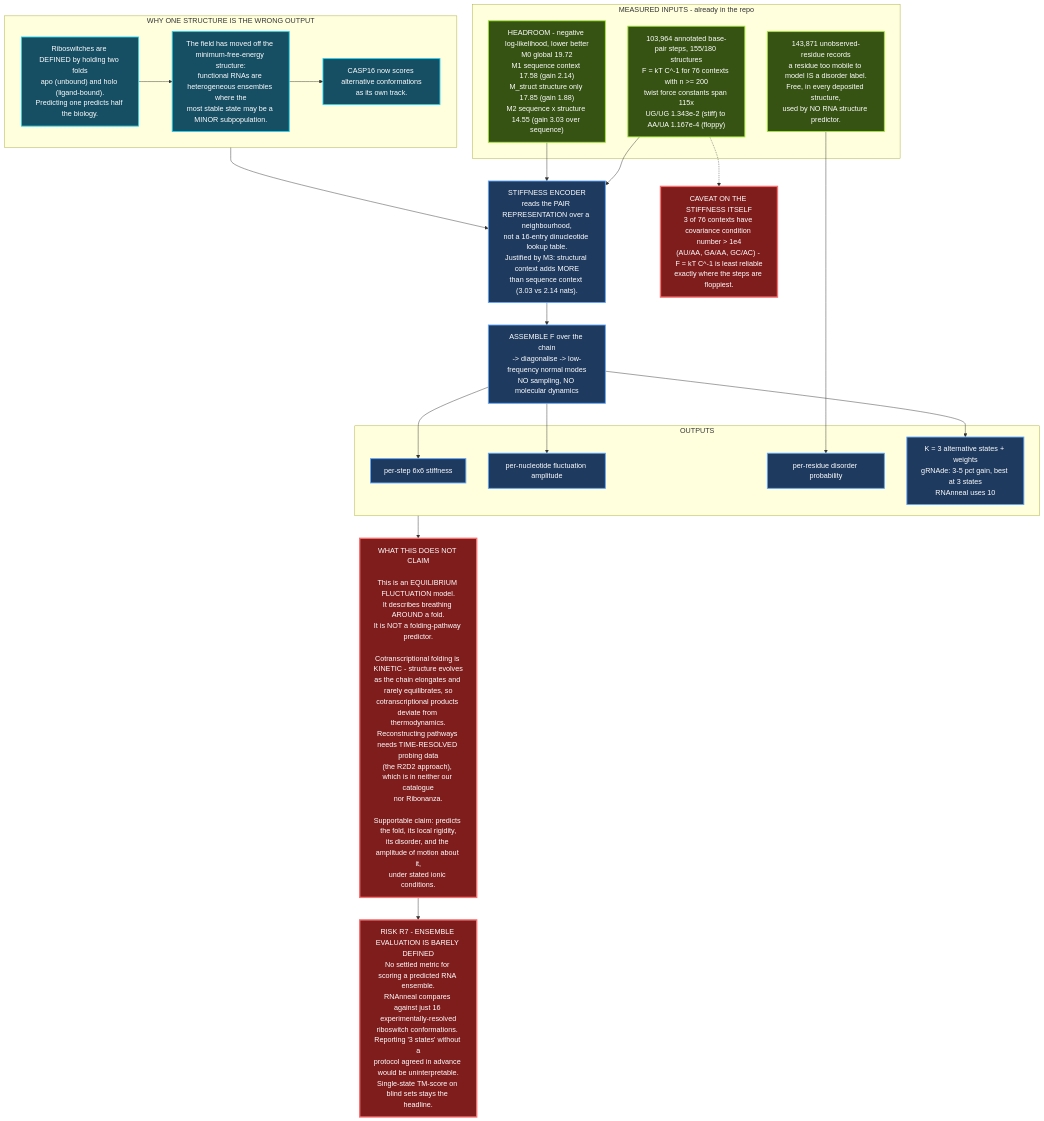
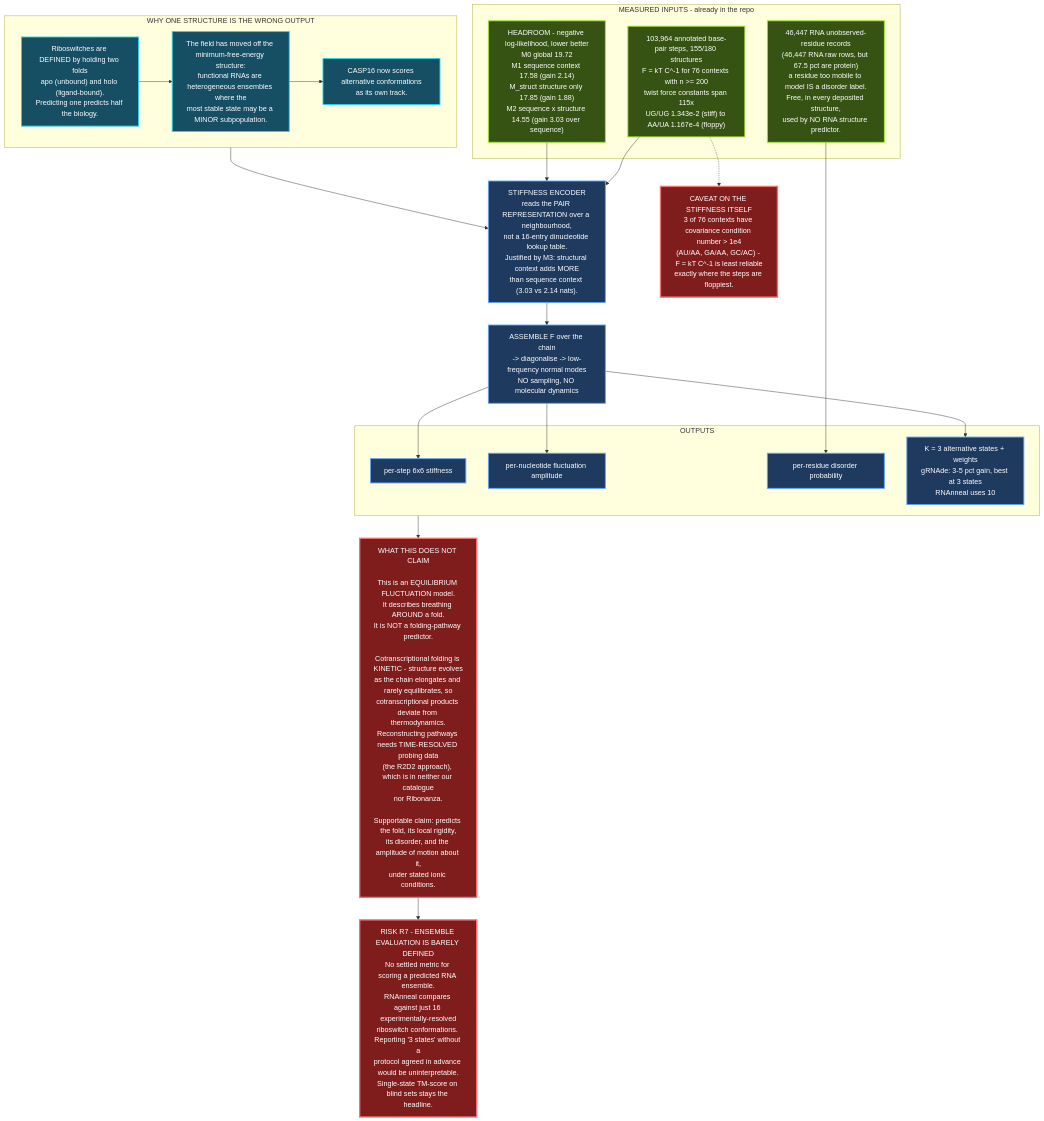
One commit to E-Motioner-X-SBS/sbs-rna changed the diagram in research/architecture/diagrams/08-dynamics-ensemble.mmd. Above: the diagram before and after it, drawn with Mermaid. The commit also changed 19 other files, not shown here.

First line of the commit message:
Defect #11: the disorder-label count was 67.5% protein, not RNA

```diff
--- a/research/architecture/diagrams/08-dynamics-ensemble.mmd
+++ b/research/architecture/diagrams/08-dynamics-ensemble.mmd
@@ -1,52 +1,52 @@
 graph TB
     subgraph WHY["WHY ONE STRUCTURE IS THE WRONG OUTPUT"]
         W1["Riboswitches are DEFINED by holding two folds<br/>apo (unbound) and holo (ligand-bound).<br/>Predicting one predicts half the biology."]
         W2["The field has moved off the minimum-free-energy structure:<br/>functional RNAs are heterogeneous ensembles where the<br/>most stable state may be a MINOR subpopulation."]
         W3["CASP16 now scores alternative conformations<br/>as its own track."]
         W1 --> W2 --> W3
     end
 
     subgraph MEAS["MEASURED INPUTS - already in the repo"]
         M1["103,964 annotated base-pair steps, 155/180 structures<br/>F = kT C^-1 for 76 contexts with n >= 200<br/>twist force constants span 115x<br/>UG/UG 1.343e-2 (stiff) to AA/UA 1.167e-4 (floppy)"]
-        M2["143,871 unobserved-residue records<br/>a residue too mobile to model IS a disorder label.<br/>Free, in every deposited structure,<br/>used by NO RNA structure predictor."]
+        M2["46,447 RNA unobserved-residue records<br/>(46,447 RNA raw rows, but 67.5 pct are protein)<br/>a residue too mobile to model IS a disorder label.<br/>Free, in every deposited structure,<br/>used by NO RNA structure predictor."]
         M3["HEADROOM - negative log-likelihood, lower better<br/>M0 global 19.72<br/>M1 sequence context 17.58 (gain 2.14)<br/>M_struct structure only 17.85 (gain 1.88)<br/>M2 sequence x structure 14.55 (gain 3.03 over sequence)"]
     end
 
     ENC["STIFFNESS ENCODER<br/>reads the PAIR REPRESENTATION over a neighbourhood,<br/>not a 16-entry dinucleotide lookup table.<br/>Justified by M3: structural context adds MORE<br/>than sequence context (3.03 vs 2.14 nats)."]
 
     ASM["ASSEMBLE F over the chain<br/>-> diagonalise -> low-frequency normal modes<br/>NO sampling, NO molecular dynamics"]
 
     subgraph OUT["OUTPUTS"]
         O1["per-step 6x6 stiffness"]
         O2["per-nucleotide fluctuation amplitude"]
         O3["per-residue disorder probability"]
         O4["K = 3 alternative states + weights<br/>gRNAde: 3-5 pct gain, best at 3 states<br/>RNAnneal uses 10"]
     end
 
     M1 --> ENC
     M3 --> ENC
     ENC --> ASM
     ASM --> O1
     ASM --> O2
     M2 --> O3
     ASM --> O4
     WHY --> ENC
 
     LIMIT["WHAT THIS DOES NOT CLAIM<br/><br/>This is an EQUILIBRIUM FLUCTUATION model.<br/>It describes breathing AROUND a fold.<br/>It is NOT a folding-pathway predictor.<br/><br/>Cotranscriptional folding is KINETIC - structure evolves<br/>as the chain elongates and rarely equilibrates, so<br/>cotranscriptional products deviate from thermodynamics.<br/>Reconstructing pathways needs TIME-RESOLVED probing data<br/>(the R2D2 approach), which is in neither our catalogue<br/>nor Ribonanza.<br/><br/>Supportable claim: predicts the fold, its local rigidity,<br/>its disorder, and the amplitude of motion about it,<br/>under stated ionic conditions."]
 
     R7["RISK R7 - ENSEMBLE EVALUATION IS BARELY DEFINED<br/>No settled metric for scoring a predicted RNA ensemble.<br/>RNAnneal compares against just 16 experimentally-resolved<br/>riboswitch conformations. Reporting '3 states' without a<br/>protocol agreed in advance would be uninterpretable.<br/>Single-state TM-score on blind sets stays the headline."]
 
     OUT --> LIMIT
     LIMIT --> R7
 
     CAV["CAVEAT ON THE STIFFNESS ITSELF<br/>3 of 76 contexts have covariance condition number > 1e4<br/>(AU/AA, GA/AA, GC/AC) - F = kT C^-1 is least reliable<br/>exactly where the steps are floppiest."]
     M1 -.-> CAV
 
     classDef meas fill:#365314,stroke:#a3e635,stroke-width:2px,color:#fff
     classDef step fill:#1e3a5f,stroke:#60a5fa,stroke-width:2px,color:#fff
     classDef warn fill:#7f1d1d,stroke:#f87171,stroke-width:3px,color:#fff
     classDef ctx fill:#164e63,stroke:#22d3ee,stroke-width:2px,color:#fff
     class M1,M2,M3 meas
     class ENC,ASM,O1,O2,O3,O4 step
     class LIMIT,R7,CAV warn
     class W1,W2,W3 ctx
```
